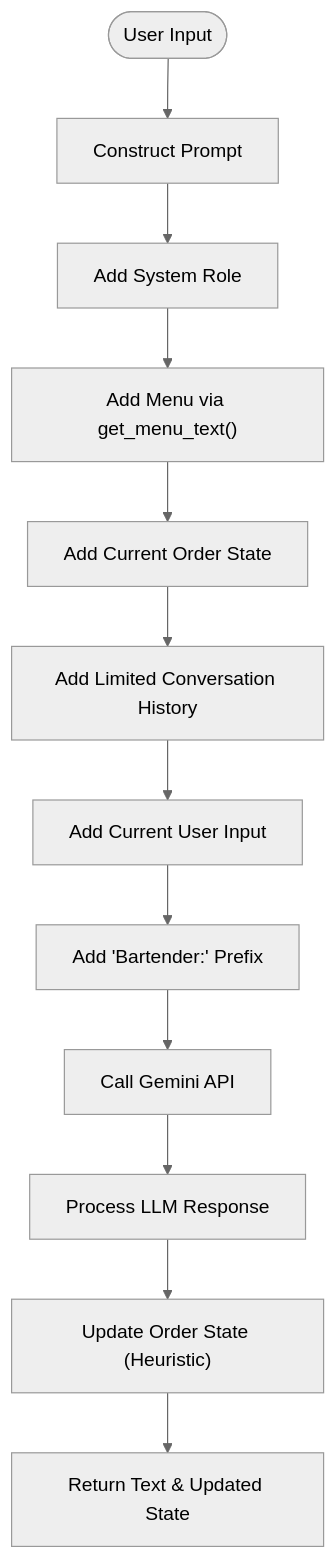
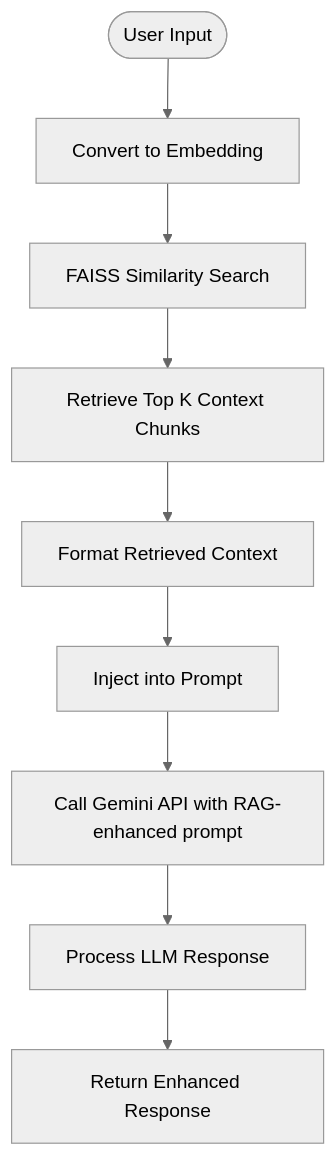
The third of 4 diagrams in .qoder/repowiki/en/content/AI Integration/AI Integration.md (MOK-5-ha/MayaBartendingAgent), drawn with Mermaid (neutral theme) before and after one commit. The commit also changed other lines of this file and 14 other files, not shown here.

````diff
--- a/.qoder/repowiki/en/content/AI Integration/AI Integration.md
+++ b/.qoder/repowiki/en/content/AI Integration/AI Integration.md
@@ -104,14 +131,11 @@
 ```mermaid
 flowchart TD
-Start([User Input]) --> ConstructPrompt["Construct Prompt"]
-ConstructPrompt --> AddRole["Add System Role"]
-AddRole --> AddMenu["Add Menu via get_menu_text()"]
-AddMenu --> AddOrder["Add Current Order State"]
-AddOrder --> AddHistory["Add Limited Conversation History"]
-AddHistory --> AddUserInput["Add Current User Input"]
-AddUserInput --> AddBartenderPrefix["Add 'Bartender:' Prefix"]
-AddBartenderPrefix --> CallAPI["Call Gemini API"]
+Start([User Input]) --> Embedding["Convert to Embedding"]
+Embedding --> Search["FAISS Similarity Search"]
+Search --> Retrieve["Retrieve Top K Context Chunks"]
+Retrieve --> Format["Format Retrieved Context"]
+Format --> Inject["Inject into Prompt"]
+Inject --> CallAPI["Call Gemini API with RAG-enhanced prompt"]
 CallAPI --> ProcessResponse["Process LLM Response"]
-ProcessResponse --> UpdateOrder["Update Order State (Heuristic)"]
-UpdateOrder --> ReturnResponse["Return Text & Updated State"]
+ProcessResponse --> ReturnResponse["Return Enhanced Response"]
 ```
````
